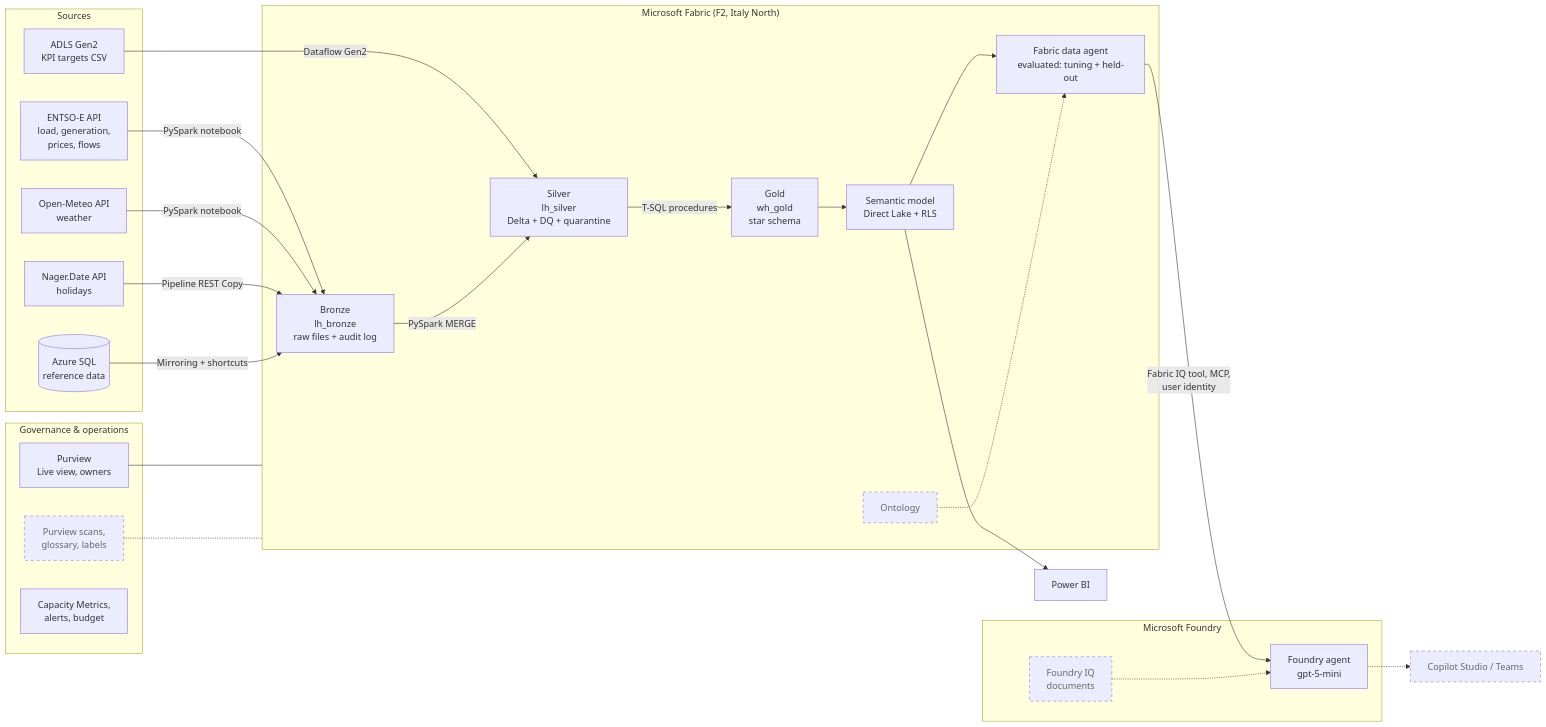
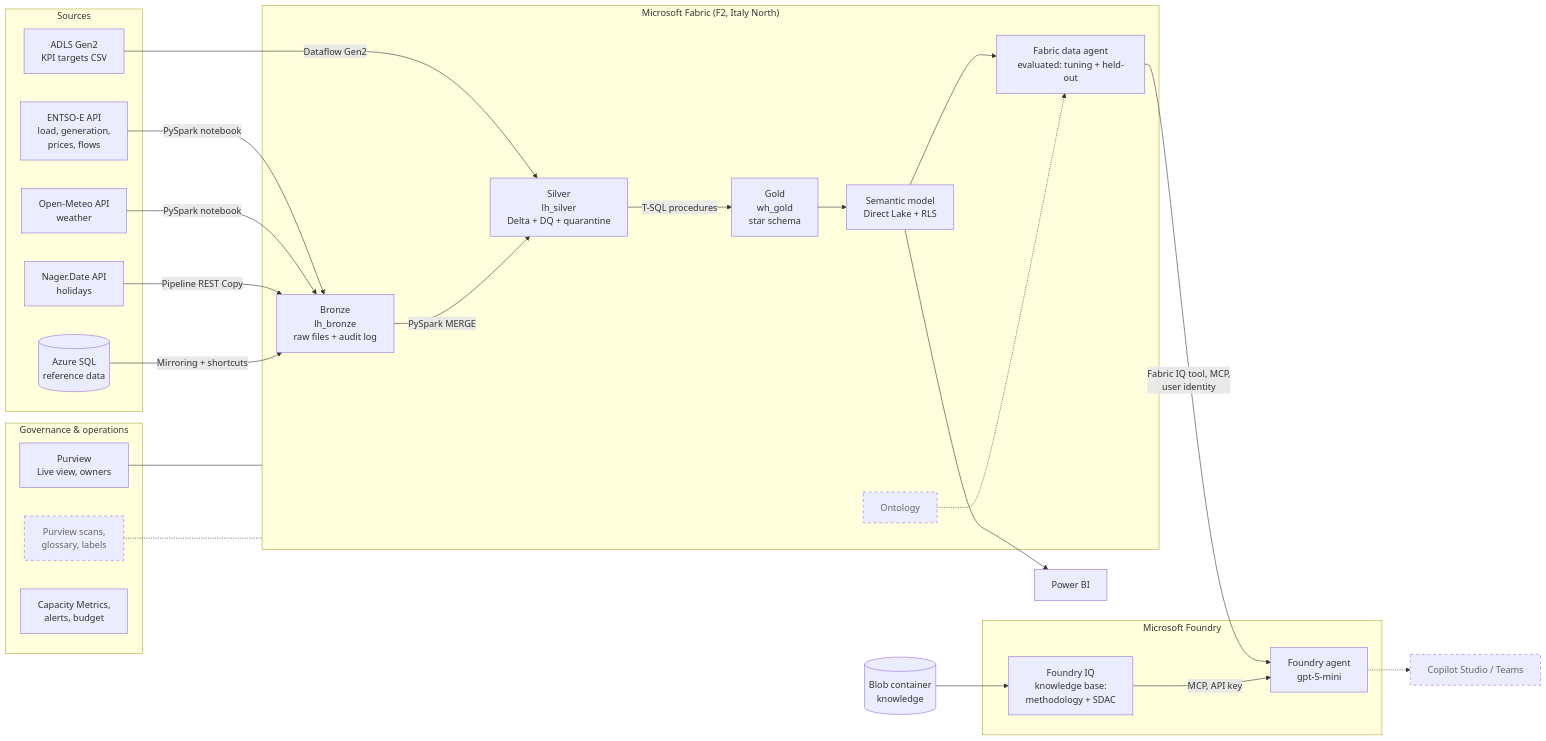
The diagram in README.md (Romina-mhm/fabric-energy-platform), drawn with Mermaid before and after one commit. The commit also changed other lines of this file, not shown here.

````diff
--- a/README.md
+++ b/README.md
@@ -23,45 +23,46 @@
 ```mermaid
 flowchart LR
     subgraph Sources
         E[ENTSO-E API<br/>load, generation,<br/>prices, flows]
         W[Open-Meteo API<br/>weather]
         H[Nager.Date API<br/>holidays]
         S[(Azure SQL<br/>reference data)]
         K[ADLS Gen2<br/>KPI targets CSV]
     end
     subgraph Fabric["Microsoft Fabric (F2, Italy North)"]
         B[Bronze<br/>lh_bronze<br/>raw files + audit log]
         SV[Silver<br/>lh_silver<br/>Delta + DQ + quarantine]
         G[Gold<br/>wh_gold<br/>star schema]
         SM[Semantic model<br/>Direct Lake + RLS]
         DA[Fabric data agent<br/>evaluated: tuning + held-out]
         ONT[Ontology]
     end
     subgraph Foundry["Microsoft Foundry"]
         FA[Foundry agent<br/>gpt-5-mini]
-        FIQ[Foundry IQ<br/>documents]
+        FIQ[Foundry IQ<br/>knowledge base:<br/>methodology + SDAC]
     end
     subgraph Gov["Governance & operations"]
         PV[Purview<br/>Live view, owners]
         PVE[Purview scans,<br/>glossary, labels]
         OPS[Capacity Metrics,<br/>alerts, budget]
     end
     CS[Copilot Studio / Teams]
     E -->|PySpark notebook| B
     W -->|PySpark notebook| B
     H -->|Pipeline REST Copy| B
     S -->|Mirroring + shortcuts| B
     K -->|Dataflow Gen2| SV
     B -->|PySpark MERGE| SV
     SV -->|T-SQL procedures| G
     G --> SM --> PBI[Power BI]
     SM --> DA
     DA -->|Fabric IQ tool, MCP,<br/>user identity| FA
-    FIQ -.-> FA
+    BLOB[(Blob container<br/>knowledge)] --> FIQ
+    FIQ -->|MCP, API key| FA
     ONT -.-> DA
     FA -.-> CS
     PV --- Fabric
     PVE -.- Fabric
     classDef target stroke-dasharray: 5 5,color:#666
-    class ONT,FIQ,PVE,CS target
+    class ONT,PVE,CS target
 ```
````
